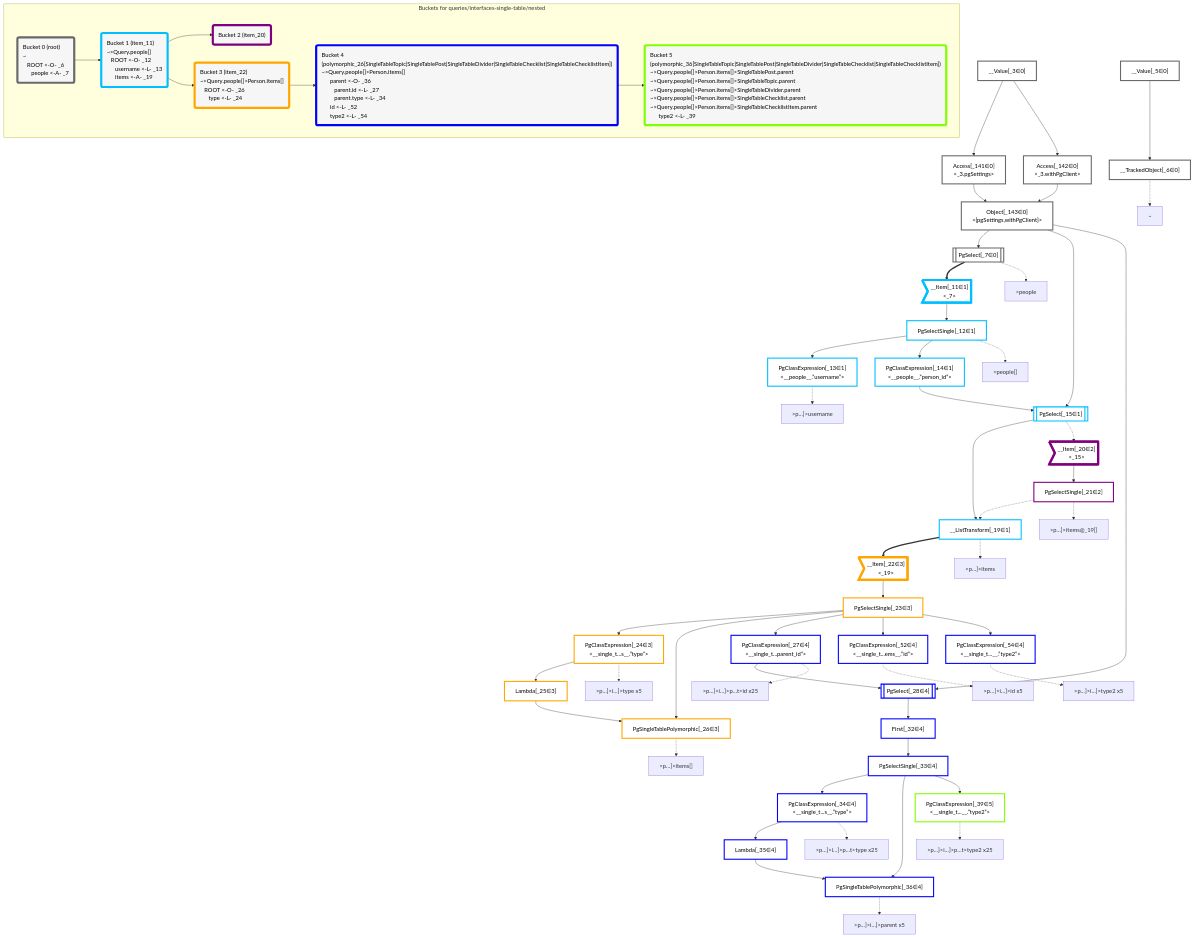
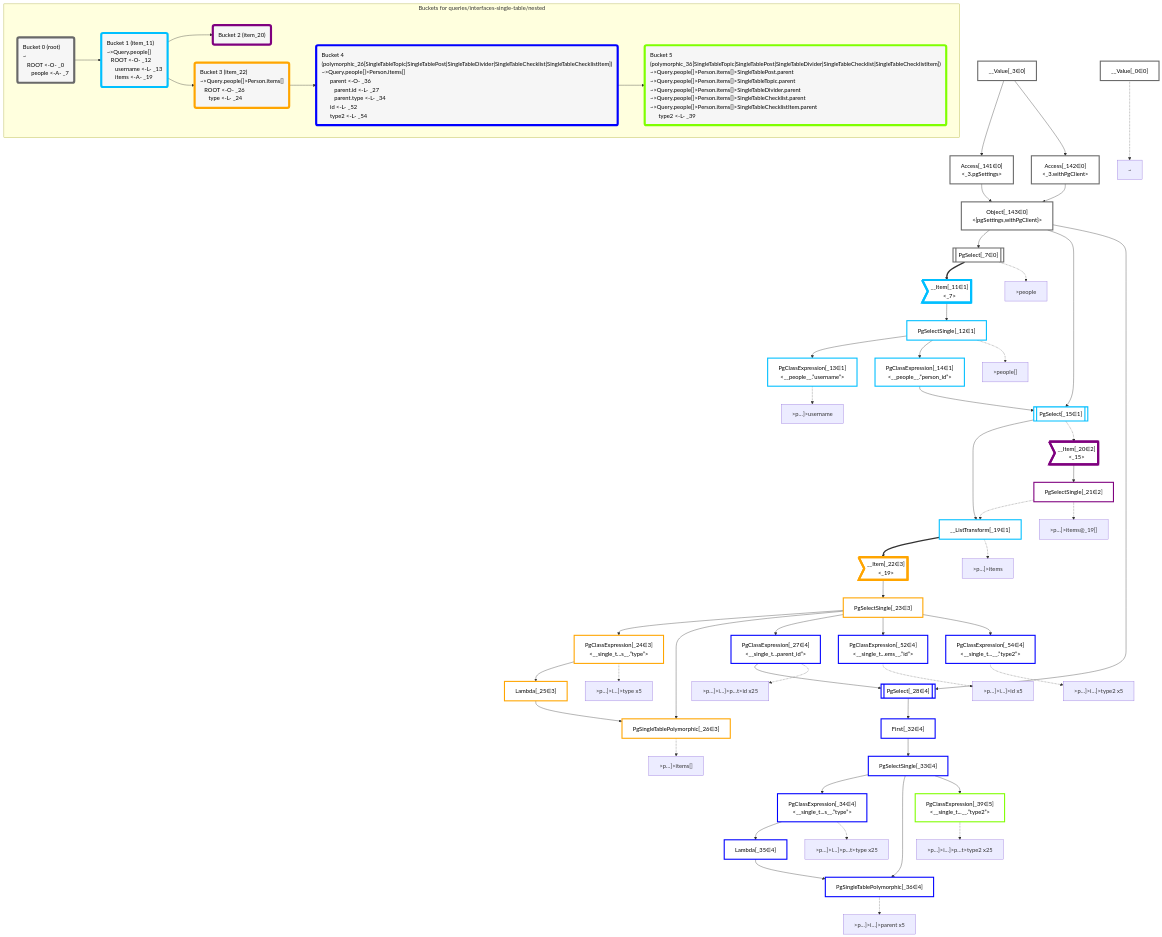
One commit to graphile/crystal changed the diagram in packages/dataplan-pg/__tests__/queries/interfaces-single-table/nested.deopt.mermaid.md. Above: the diagram before and after it, drawn with Mermaid. The commit also changed 193 other files, not shown here.

Commit message:
Update test plan snapshots with new root plan

```diff
--- a/packages/dataplan-pg/__tests__/queries/interfaces-single-table/nested.deopt.mermaid.md
+++ b/packages/dataplan-pg/__tests__/queries/interfaces-single-table/nested.deopt.mermaid.md
@@ -8,9 +8,8 @@
 
 
     %% define plans
+    __Value_0["__Value[_0∈0]"]:::plan
     __Value_3["__Value[_3∈0]<br /><context>"]:::plan
-    __Value_5["__Value[_5∈0]<br /><rootValue>"]:::plan
-    __TrackedObject_6["__TrackedObject[_6∈0]"]:::plan
     PgSelect_7[["PgSelect[_7∈0]<br /><people>"]]:::plan
     __Item_11>"__Item[_11∈1]<br /><_7>"]:::itemplan
     PgSelectSingle_12["PgSelectSingle[_12∈1]<br /><people>"]:::plan
@@ -40,7 +39,6 @@
     Object_143["Object[_143∈0]<br /><{pgSettings,withPgClient}>"]:::plan
 
     %% plan dependencies
-    __Value_5 --> __TrackedObject_6
     Object_143 --> PgSelect_7
     PgSelect_7 ==> __Item_11
     __Item_11 --> PgSelectSingle_12
@@ -76,8 +74,8 @@
     Access_142 --> Object_143
 
     %% plan-to-path relationships
-    P_6["~"]
-    __TrackedObject_6 -.-> P_6
+    P_0["~"]
+    __Value_0 -.-> P_0
     P_7[">people"]
     PgSelect_7 -.-> P_7
     P_12[">people[]"]
@@ -107,7 +105,7 @@
 
     %% allocate buckets
     classDef bucket0 stroke:#696969
-    class __Value_3,__Value_5,__TrackedObject_6,PgSelect_7,Access_141,Access_142,Object_143 bucket0
+    class __Value_0,__Value_3,PgSelect_7,Access_141,Access_142,Object_143 bucket0
     classDef bucket1 stroke:#00bfff
     class __Item_11,PgSelectSingle_12,PgClassExpression_13,PgClassExpression_14,PgSelect_15,__ListTransform_19 bucket1
     classDef bucket2 stroke:#7f007f
@@ -120,7 +118,7 @@
     class PgClassExpression_39 bucket5
 
     subgraph "Buckets for queries/interfaces-single-table/nested"
-    Bucket0("Bucket 0 (root)<br />~<br />⠀ROOT <-O- _6<br />⠀⠀people <-A- _7"):::bucket
+    Bucket0("Bucket 0 (root)<br />~<br />⠀ROOT <-O- _0<br />⠀⠀people <-A- _7"):::bucket
     style Bucket0 stroke:#696969
     Bucket1("Bucket 1 (item_11)<br />~>Query.people[]<br />⠀ROOT <-O- _12<br />⠀⠀username <-L- _13<br />⠀⠀items <-A- _19"):::bucket
     style Bucket1 stroke:#00bfff
```
